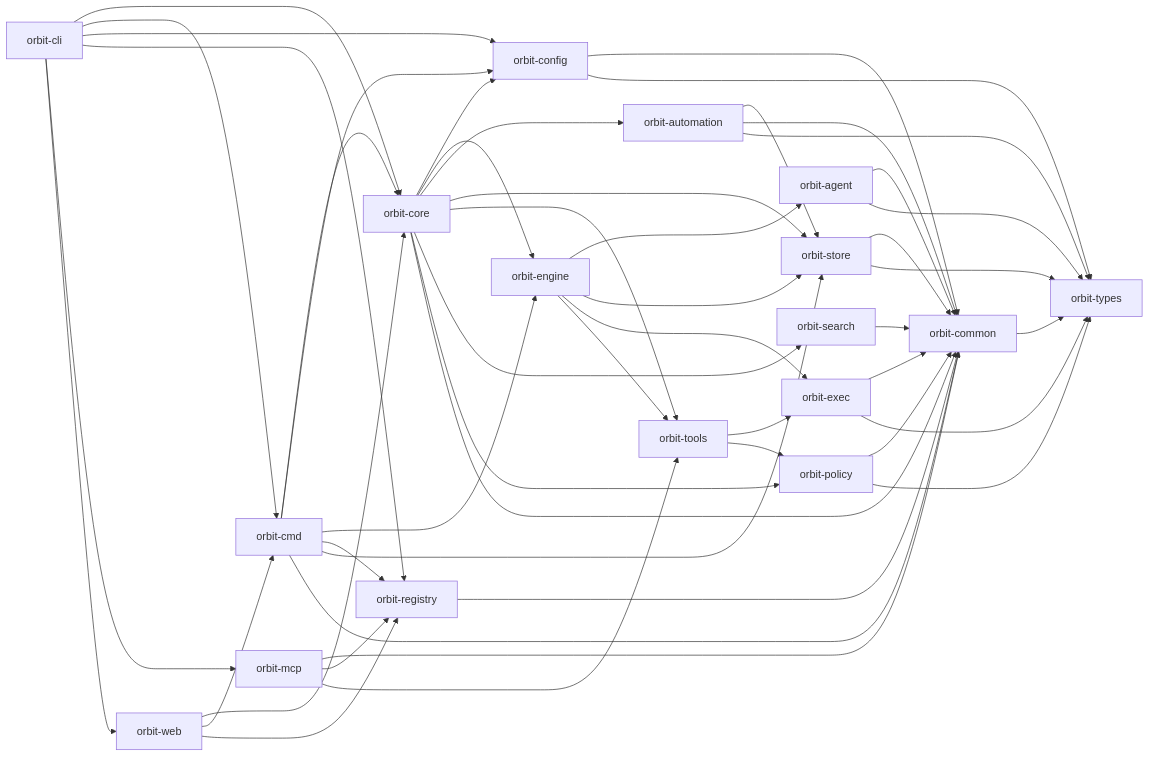
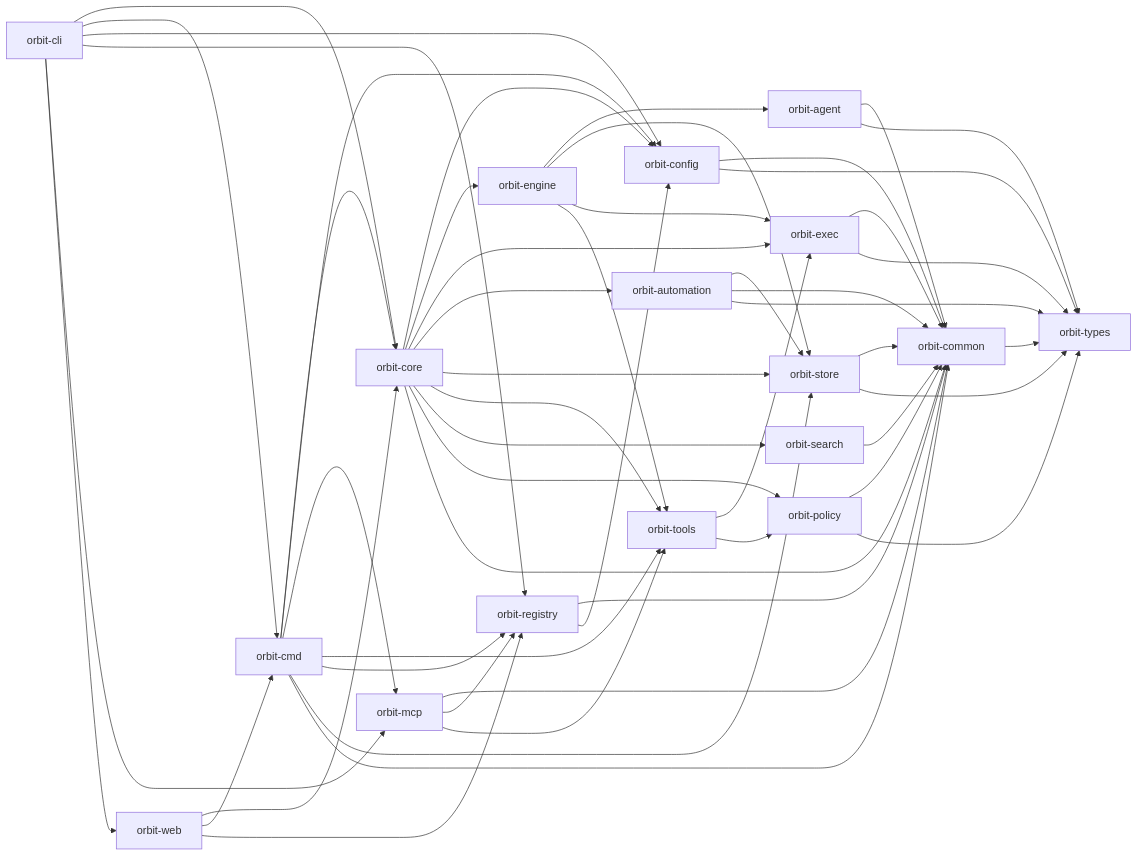
The diagram in website/src/content/docs/contributing/crate-layout.md (constellation-works/orbit), drawn with Mermaid before and after one commit. The commit also changed other lines of this file and 2 other files, not shown here.

````diff
--- a/website/src/content/docs/contributing/crate-layout.md
+++ b/website/src/content/docs/contributing/crate-layout.md
@@ -32,51 +32,54 @@
 ```mermaid
 flowchart LR
   CLI["orbit-cli"] --> Core["orbit-core"]
   CLI --> Cmd["orbit-cmd"]
   CLI --> Config["orbit-config"]
   CLI --> Registry["orbit-registry"]
   CLI --> MCP["orbit-mcp"]
   CLI --> Web["orbit-web"]
   Cmd --> Core
   Cmd --> Config
-  Cmd --> Engine
+  Cmd --> MCP
+  Cmd --> Tools
   Cmd --> Registry
   Cmd --> Store
   Core --> Config
   Core --> Engine["orbit-engine"]
+  Core --> Exec
   Core --> Automation["orbit-automation"]
   Automation --> Store
   Automation --> Common
   Automation --> Types
   Core --> Store["orbit-store"]
   Core --> Tools["orbit-tools"]
   Core --> Search["orbit-search"]
   Core --> Policy["orbit-policy"]
   Engine --> Agent["orbit-agent"]
   Engine --> Store
   Engine --> Exec["orbit-exec"]
   Engine --> Tools
   Tools --> Exec
   Tools --> Policy
   Exec --> Common["orbit-common"]
   Policy --> Common
   Store --> Common
   Agent --> Common
   Agent --> Types
   Search --> Common
   MCP --> Common
   MCP --> Registry
   MCP --> Tools
   Registry --> Common
+  Registry --> Config
   Web --> Core
   Web --> Cmd
   Web --> Registry
   Cmd --> Common
   Core --> Common
   Config --> Common
   Config --> Types
   Common --> Types["orbit-types"]
   Exec --> Types
   Policy --> Types
   Store --> Types
 ```
````
